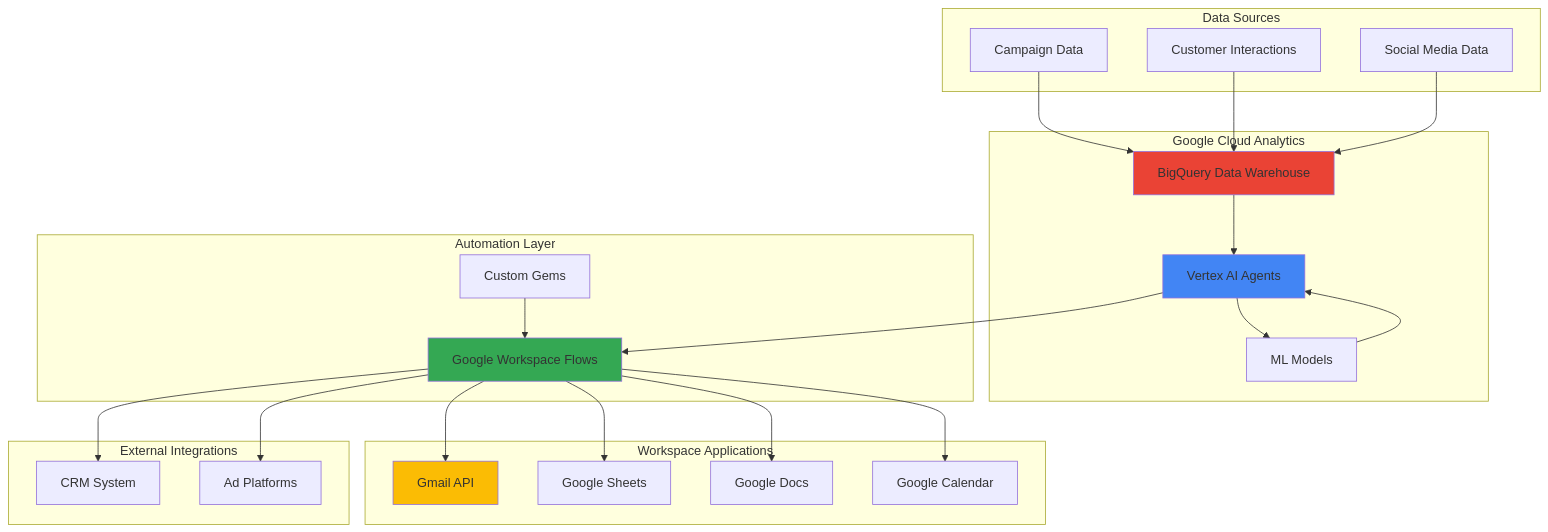
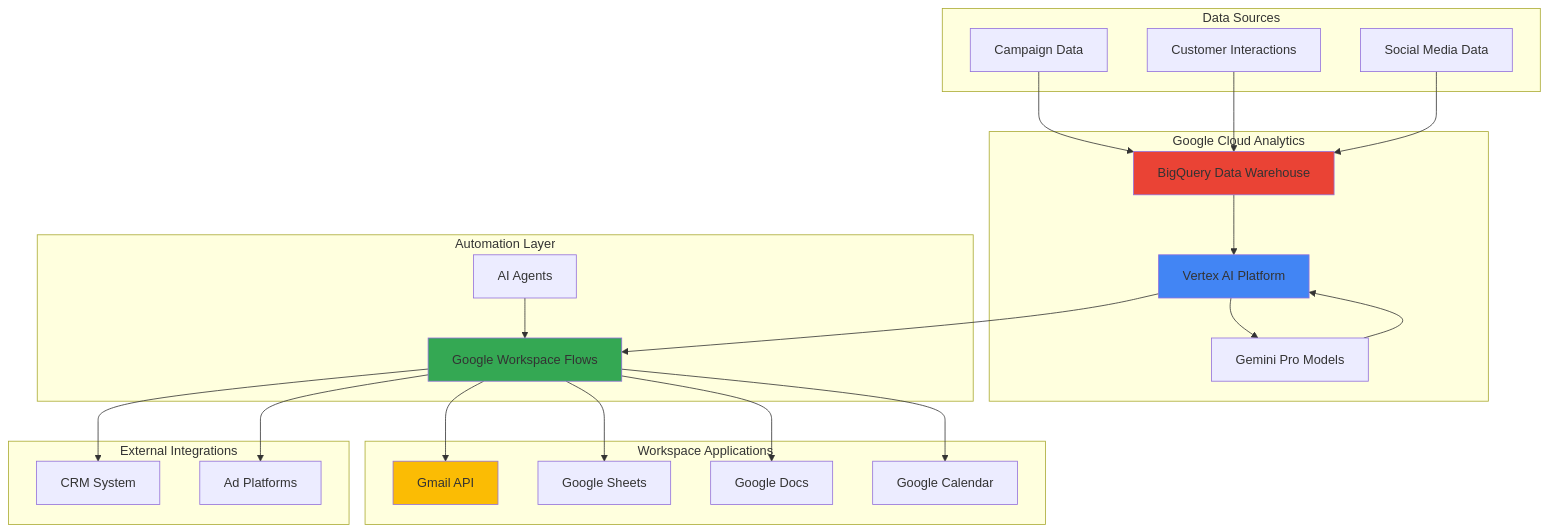
One commit to mzazon/awesome-cloud-projects changed the diagram in gcp/adaptive-marketing-campaign-intelligence-vertex-ai-agents-workspace-flows/adaptive-marketing-campaign-intelligence-vertex-ai-agents-workspace-flows.md. Above: the diagram before and after it, drawn with Mermaid. The commit also changed other lines of this file and 5581 other files, not shown here.

````diff
--- a/gcp/adaptive-marketing-campaign-intelligence-vertex-ai-agents-workspace-flows/adaptive-marketing-campaign-intelligence-vertex-ai-agents-workspace-flows.md
+++ b/gcp/adaptive-marketing-campaign-intelligence-vertex-ai-agents-workspace-flows/adaptive-marketing-campaign-intelligence-vertex-ai-agents-workspace-flows.md
@@ -30,55 +30,55 @@
 ```mermaid
 graph TB
     subgraph "Data Sources"
         CAMPAIGNS[Campaign Data]
         CUSTOMER[Customer Interactions]
         SOCIAL[Social Media Data]
     end
     
     subgraph "Google Cloud Analytics"
         BQ[BigQuery Data Warehouse]
-        VERTEX[Vertex AI Agents]
-        ML[ML Models]
+        VERTEX[Vertex AI Platform]
+        GEMINI[Gemini Pro Models]
     end
     
     subgraph "Automation Layer"
         FLOWS[Google Workspace Flows]
-        GEMS[Custom Gems]
+        AGENTS[AI Agents]
     end
     
     subgraph "Workspace Applications"
         GMAIL[Gmail API]
         SHEETS[Google Sheets]
         DOCS[Google Docs]
         CALENDAR[Google Calendar]
     end
     
     subgraph "External Integrations"
         CRM[CRM System]
         ADS[Ad Platforms]
     end
     
     CAMPAIGNS-->BQ
     CUSTOMER-->BQ
     SOCIAL-->BQ
     
     BQ-->VERTEX
-    VERTEX-->ML
-    ML-->VERTEX
+    VERTEX-->GEMINI
+    GEMINI-->VERTEX
     
     VERTEX-->FLOWS
-    GEMS-->FLOWS
+    AGENTS-->FLOWS
     
     FLOWS-->GMAIL
     FLOWS-->SHEETS
     FLOWS-->DOCS
     FLOWS-->CALENDAR
     
     FLOWS-->CRM
     FLOWS-->ADS
     
     style VERTEX fill:#4285F4
     style FLOWS fill:#34A853
     style BQ fill:#EA4335
     style GMAIL fill:#FBBC04
 ```
````
